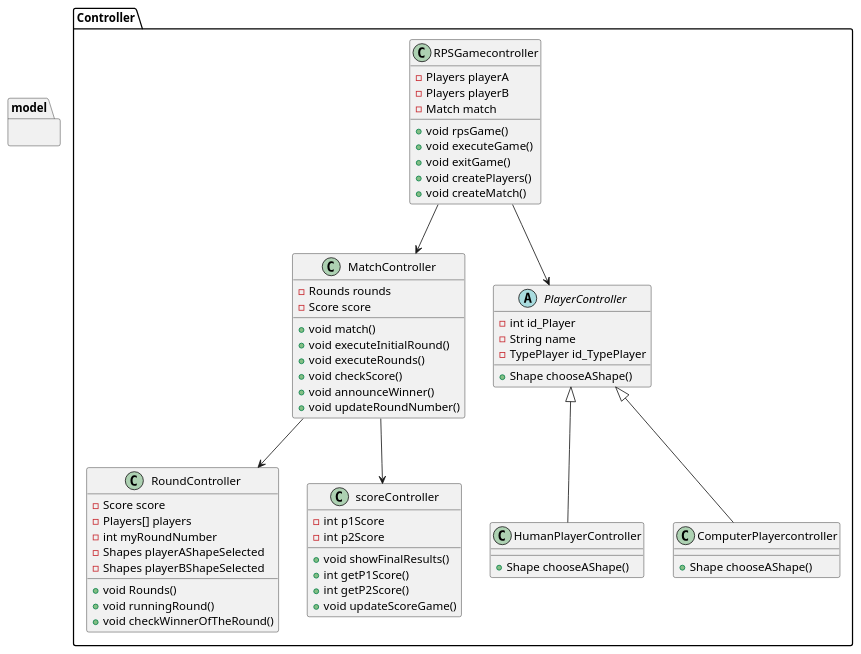
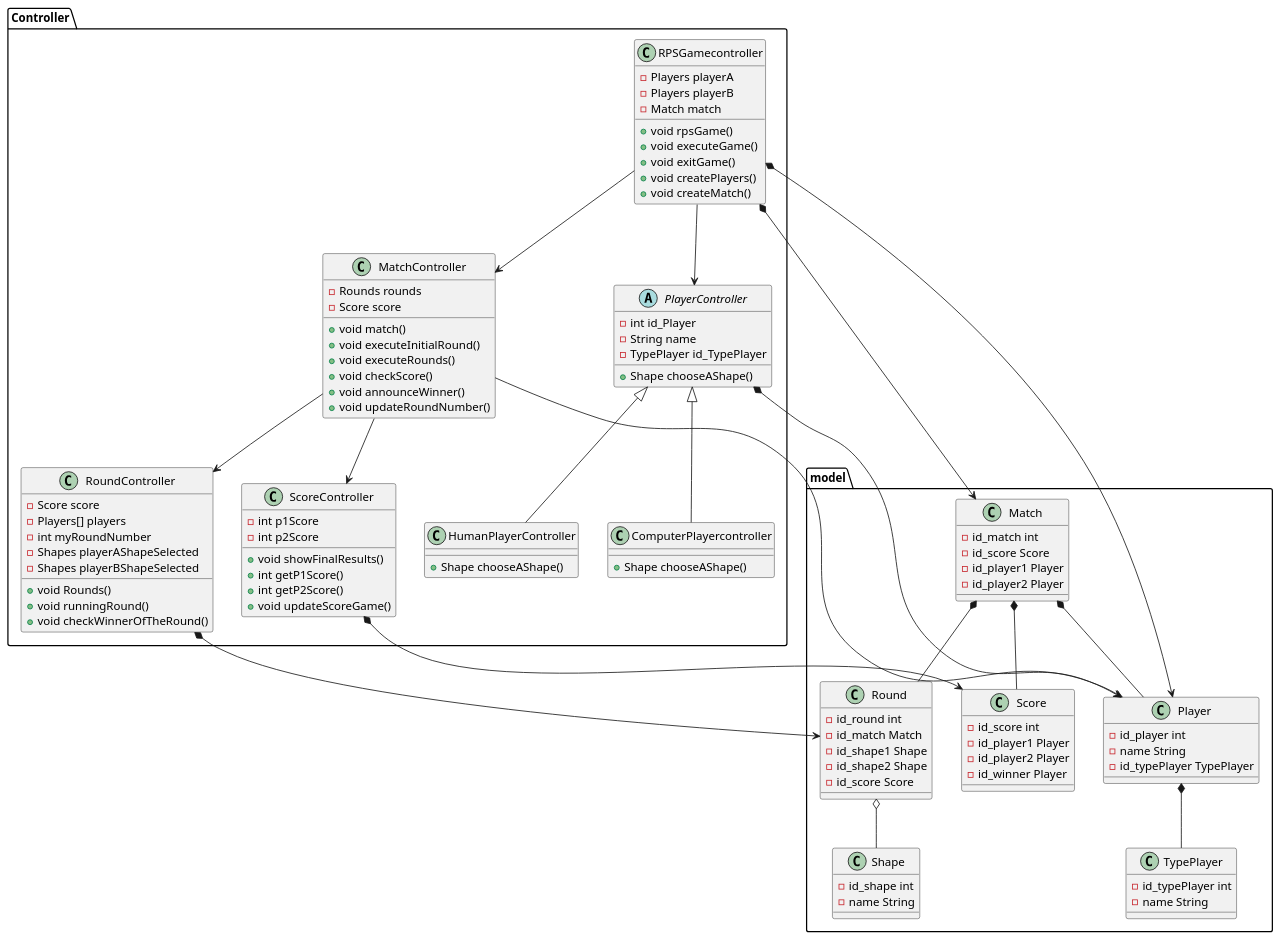
The diagram in doc/controller-model.puml (ederramos01/rock-paper-scissors), drawn with PlantUML before and after one commit.

Commit message:
Model Controller Diagram

```diff
--- a/doc/controller-model.puml
+++ b/doc/controller-model.puml
@@ -1,73 +1,125 @@
 @startuml
 
 package Controller {
     class RPSGamecontroller {
         - Players playerA
         - Players playerB
         - Match match
         + void rpsGame()
         + void executeGame()
         + void exitGame()
         + void createPlayers()
         + void createMatch()
     }
 
     class MatchController {
         - Rounds rounds
         - Score score
         + void match()
         + void executeInitialRound()
         + void executeRounds()
         + void checkScore()
         + void announceWinner()
         + void updateRoundNumber()
     }
 
     class RoundController {
         - Score score
         - Players[] players
         - int myRoundNumber
         - Shapes playerAShapeSelected
         - Shapes playerBShapeSelected
         + void Rounds()
         + void runningRound()
         + void checkWinnerOfTheRound()
     }
 
     abstract class PlayerController {
         - int id_Player
         - String name
         - TypePlayer id_TypePlayer
         + Shape chooseAShape()
     }
 
     class HumanPlayerController {
         + Shape chooseAShape()
     }
 
     class ComputerPlayercontroller {
         + Shape chooseAShape()
     }
 
-    class scoreController {
+    class ScoreController {
         - int p1Score
         - int p2Score
         + void showFinalResults()
         + int getP1Score()
         + int getP2Score()
         + void updateScoreGame()
     }
 
     PlayerController <|-- HumanPlayerController
     PlayerController <|-- ComputerPlayercontroller
     RPSGamecontroller --> MatchController
     MatchController --> RoundController
     RPSGamecontroller --> PlayerController
-    MatchController --> scoreController
+    MatchController --> ScoreController
+
+    
 }
 
 package model {
     
+    class Round {
+    -id_round int
+    -id_match Match
+    -id_shape1 Shape
+    -id_shape2 Shape
+    -id_score Score
 }
 
+class Match {
+    -id_match int
+    -id_score Score
+    -id_player1 Player
+    -id_player2 Player
+}
+
+class Score {
+    -id_score int
+    -id_player1 Player
+    -id_player2 Player
+    -id_winner Player
+}
+
+class Shape {
+    -id_shape int
+    -name String
+}
+
+class Player{
+    -id_player int
+    -name String
+    -id_typePlayer TypePlayer
+}
+
+class TypePlayer {
+    -id_typePlayer int
+    -name String
+}
+
+    Match *-- Round
+    Match *-- Player
+    Round o-- Shape
+    Player *-- TypePlayer
+    Match *-- Score 
+}
+
+PlayerController *--> Player
+MatchController --> Player
+RPSGamecontroller *--> Player
+RPSGamecontroller *--> Match
+RoundController *--> Round
+ScoreController *--> Score
+
 @enduml
```
